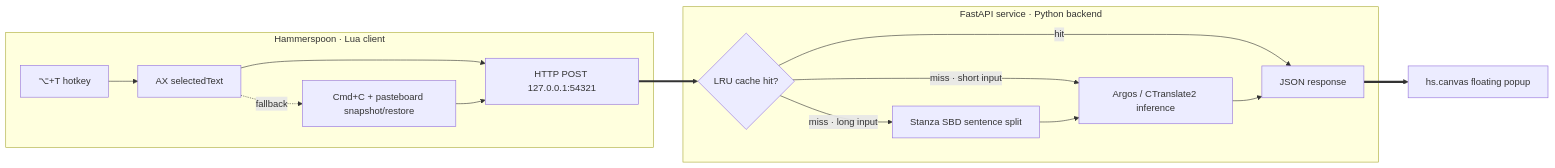
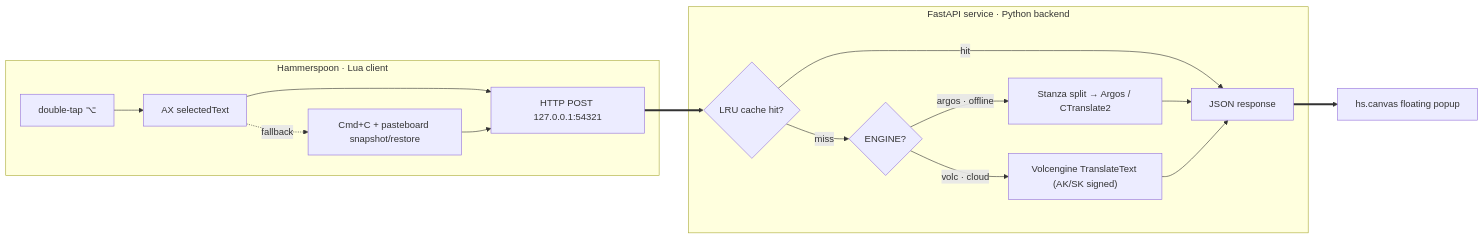
One commit to Eim-aa/argos-translator changed the diagram in README_EN.md. Above: the diagram before and after it, drawn with Mermaid. The commit also changed other lines of this file and 1 other file, not shown here.

First line of the commit message:
docs: update README for double-tap trigger and pluggable engines

````diff
--- a/README_EN.md
+++ b/README_EN.md
@@ -58,20 +88,20 @@
 ```mermaid
 flowchart LR
     subgraph HS["Hammerspoon · Lua client"]
-        H1["⌥+T hotkey"] --> H2["AX selectedText"]
+        H1["double-tap ⌥"] --> H2["AX selectedText"]
         H2 -.fallback.-> H3["Cmd+C + pasteboard snapshot/restore"]
         H2 & H3 --> H4["HTTP POST 127.0.0.1:54321"]
     end
 
     H4 ==> S1
 
     subgraph BE["FastAPI service · Python backend"]
         S1{"LRU cache hit?"} -->|hit| S5
-        S1 -->|miss · short input| S3["Argos / CTranslate2 inference"]
-        S1 -->|miss · long input| S2["Stanza SBD sentence split"]
-        S2 --> S3
-        S3 --> S5["JSON response"]
+        S1 -->|miss| S2{"ENGINE?"}
+        S2 -->|argos · offline| S3["Stanza split → Argos / CTranslate2"]
+        S2 -->|volc · cloud| S4["Volcengine TranslateText (AK/SK signed)"]
+        S3 & S4 --> S5["JSON response"]
     end
 
     S5 ==> H5["hs.canvas floating popup"]
 ```
````
